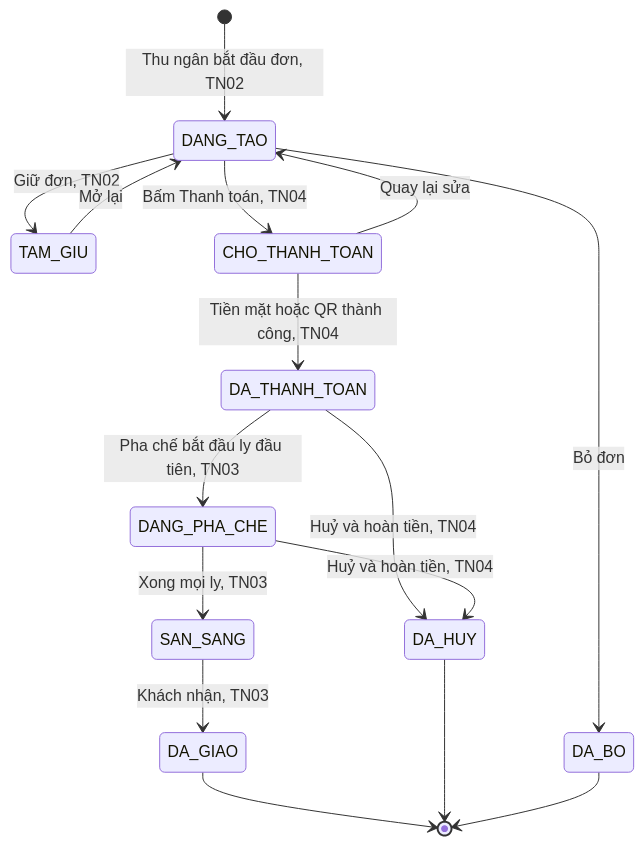
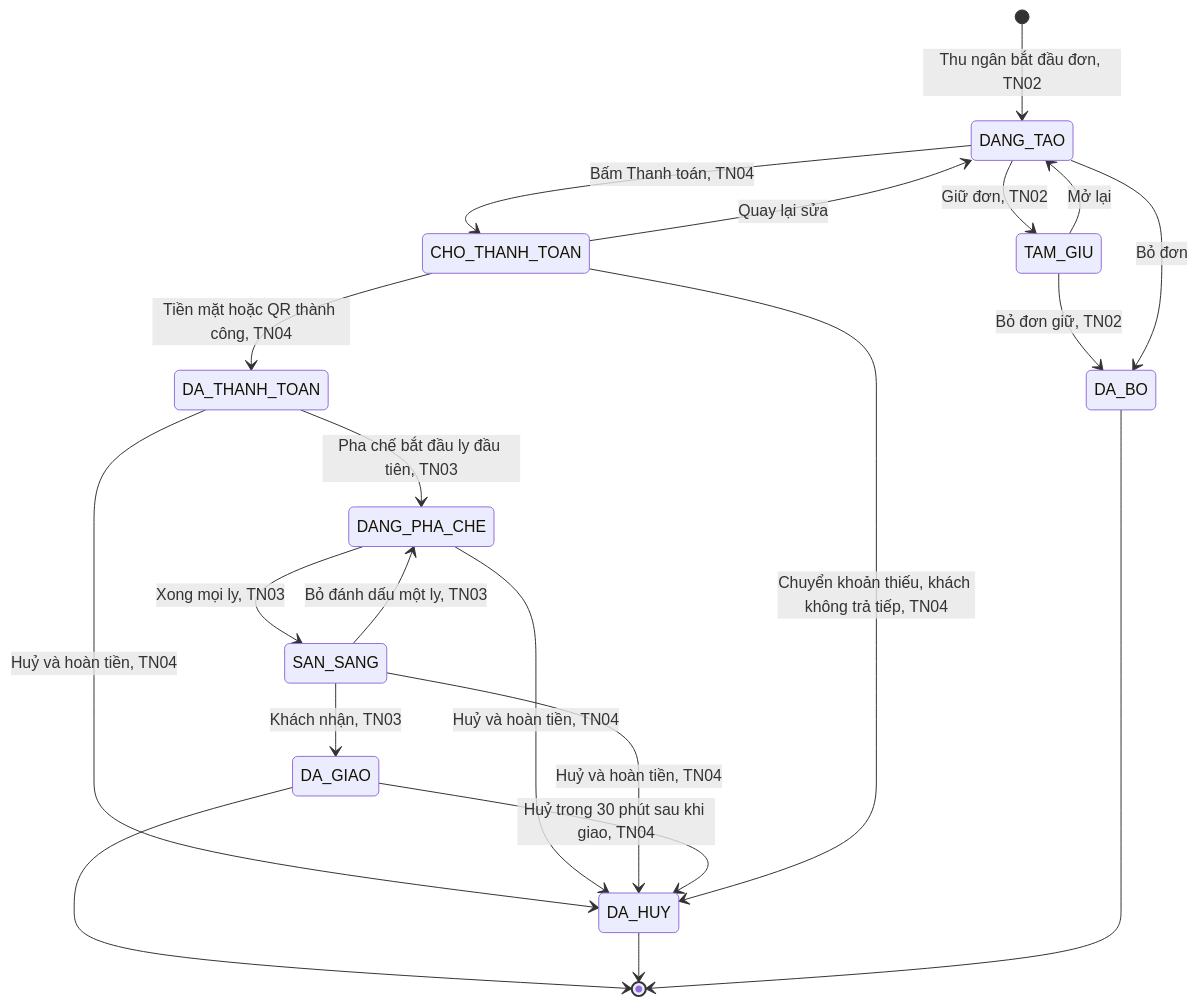
Before and after one commit to uxfoundation-vn/de06-quan-ly-don-tra-sua: the first of 2 diagrams in README.md, drawn with Mermaid. The commit also changed 3 other files, not shown here.

First line of the commit message:
Sửa lỗi mã và bổ sung case còn thiếu trong các luồng

````diff
--- a/README.md
+++ b/README.md
@@ -21,18 +21,23 @@
 ```mermaid
 stateDiagram-v2
   [*] --> DANG_TAO : Thu ngân bắt đầu đơn, TN02
   DANG_TAO --> TAM_GIU : Giữ đơn, TN02
   TAM_GIU --> DANG_TAO : Mở lại
   DANG_TAO --> CHO_THANH_TOAN : Bấm Thanh toán, TN04
   CHO_THANH_TOAN --> DANG_TAO : Quay lại sửa
   CHO_THANH_TOAN --> DA_THANH_TOAN : Tiền mặt hoặc QR thành công, TN04
   DA_THANH_TOAN --> DANG_PHA_CHE : Pha chế bắt đầu ly đầu tiên, TN03
   DANG_PHA_CHE --> SAN_SANG : Xong mọi ly, TN03
   SAN_SANG --> DA_GIAO : Khách nhận, TN03
   DA_THANH_TOAN --> DA_HUY : Huỷ và hoàn tiền, TN04
   DANG_PHA_CHE --> DA_HUY : Huỷ và hoàn tiền, TN04
+  SAN_SANG --> DANG_PHA_CHE : Bỏ đánh dấu một ly, TN03
+  SAN_SANG --> DA_HUY : Huỷ và hoàn tiền, TN04
+  DA_GIAO --> DA_HUY : Huỷ trong 30 phút sau khi giao, TN04
+  CHO_THANH_TOAN --> DA_HUY : Chuyển khoản thiếu, khách không trả tiếp, TN04
+  TAM_GIU --> DA_BO : Bỏ đơn giữ, TN02
   DANG_TAO --> DA_BO : Bỏ đơn
   DA_GIAO --> [*]
   DA_HUY --> [*]
   DA_BO --> [*]
 ```
````
